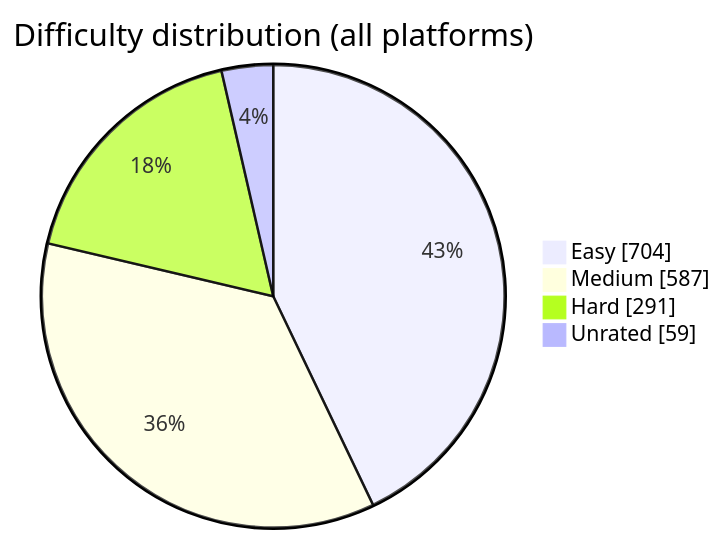
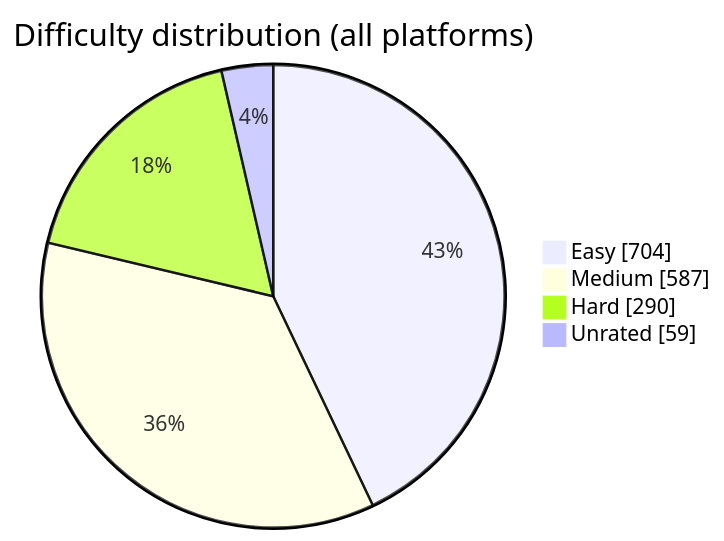
The diagram in README.md (BuildbyArindam/Daily-Coding-Log), drawn with Mermaid before and after one commit. The commit also changed other lines of this file, not shown here.

````diff
--- a/README.md
+++ b/README.md
@@ -93,7 +93,7 @@
 ```mermaid
 pie showData title Difficulty distribution (all platforms)
     "Easy" : 704
     "Medium" : 587
-    "Hard" : 291
+    "Hard" : 290
     "Unrated" : 59
 ```
````
